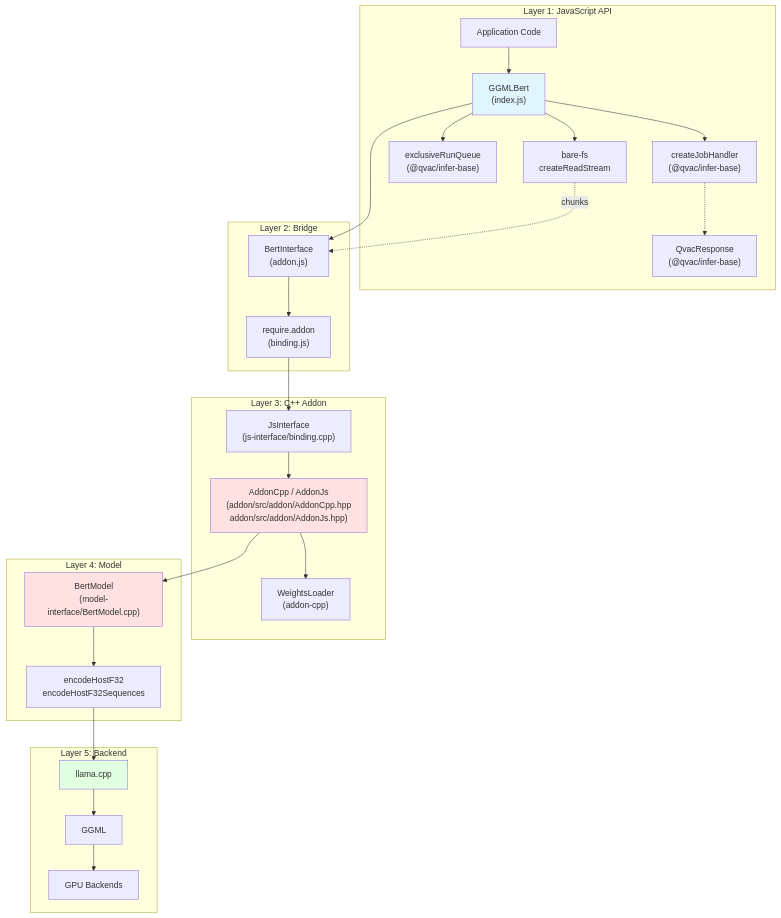
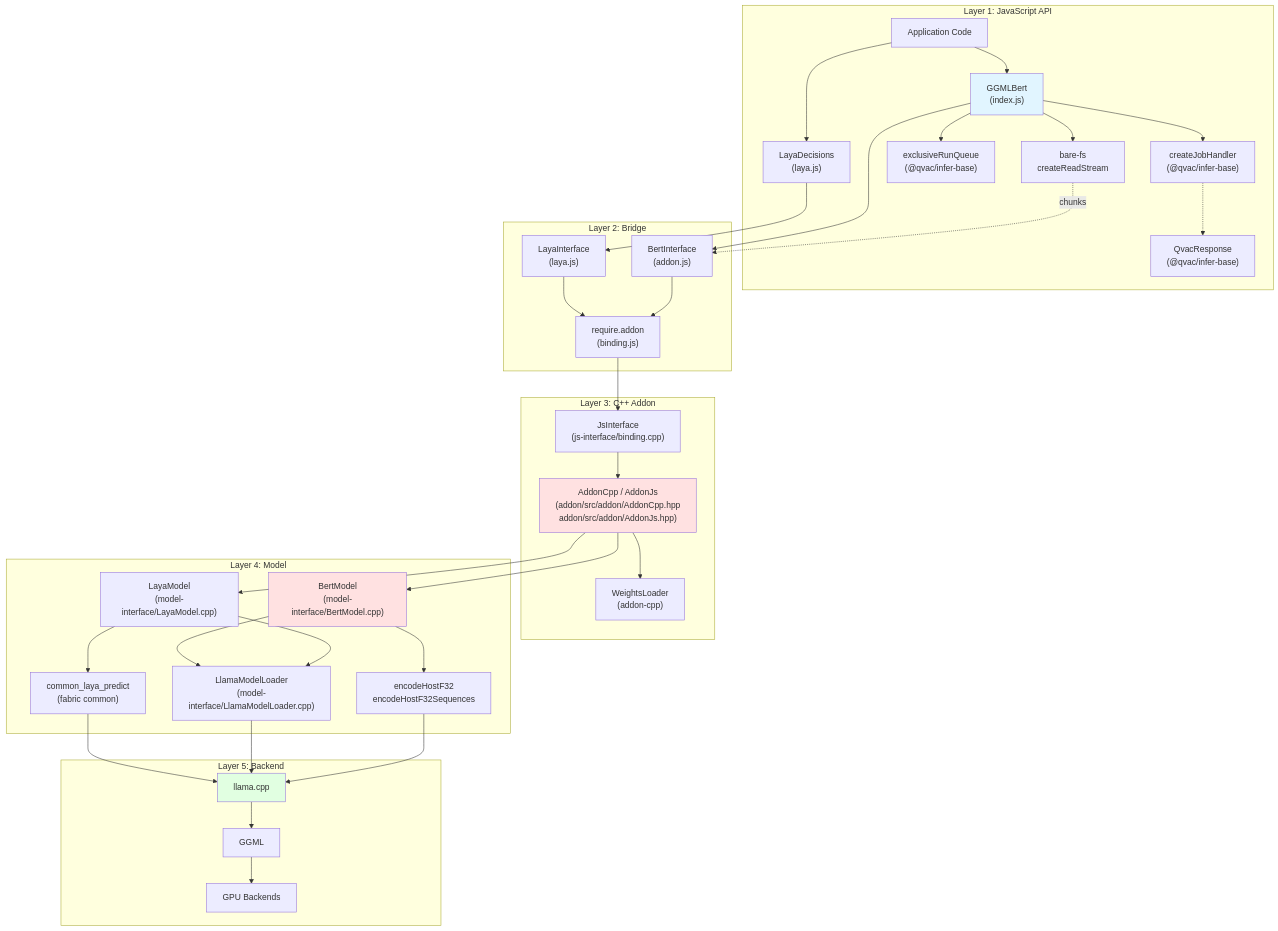
One commit to tetherto/qvac changed the third of 4 diagrams in packages/embed-llamacpp/docs/architecture.md. Above: the diagram before and after it, drawn with Mermaid. The commit also changed other lines of this file and 2 other files, not shown here.

First line of the commit message:
docs[notask]: document Laya decision models in embed-llamacpp

````diff
--- a/packages/embed-llamacpp/docs/architecture.md
+++ b/packages/embed-llamacpp/docs/architecture.md
@@ -236,59 +244,73 @@
 ```mermaid
 graph TB
     subgraph "Layer 1: JavaScript API"
         APP["Application Code"]
         BERTCLASS["GGMLBert<br/>(index.js)"]
+        LAYACLASS["LayaDecisions<br/>(laya.js)"]
         JOB["createJobHandler<br/>(@qvac/infer-base)"]
         QUEUE["exclusiveRunQueue<br/>(@qvac/infer-base)"]
         RESPONSE["QvacResponse<br/>(@qvac/infer-base)"]
         BAREFS["bare-fs<br/>createReadStream"]
     end
 
     subgraph "Layer 2: Bridge"
         BERTIF["BertInterface<br/>(addon.js)"]
+        LAYAIF["LayaInterface<br/>(laya.js)"]
         BINDING["require.addon<br/>(binding.js)"]
     end
 
     subgraph "Layer 3: C++ Addon"
         JSINTERFACE["JsInterface<br/>(js-interface/binding.cpp)"]
         ADDON["AddonCpp / AddonJs<br/>(addon/src/addon/AddonCpp.hpp<br/>addon/src/addon/AddonJs.hpp)"]
         WEIGHTSLOAD["WeightsLoader<br/>(addon-cpp)"]
     end
 
     subgraph "Layer 4: Model"
         BERTMODEL["BertModel<br/>(model-interface/BertModel.cpp)"]
         ENCODE["encodeHostF32<br/>encodeHostF32Sequences"]
+        LAYAMODEL["LayaModel<br/>(model-interface/LayaModel.cpp)"]
+        LOADER["LlamaModelLoader<br/>(model-interface/LlamaModelLoader.cpp)"]
+        COMMONLAYA["common_laya_predict<br/>(fabric common)"]
     end
 
     subgraph "Layer 5: Backend"
         LLAMACPP["llama.cpp"]
         GGML["GGML"]
         GPU["GPU Backends"]
     end
 
     APP --> BERTCLASS
+    APP --> LAYACLASS
+    LAYACLASS --> LAYAIF
+    LAYAIF --> BINDING
     BERTCLASS --> JOB
     BERTCLASS --> QUEUE
     BERTCLASS --> BERTIF
     BERTCLASS --> BAREFS
     JOB -.-> RESPONSE
 
     BERTIF --> BINDING
     BINDING --> JSINTERFACE
     BAREFS -. chunks .-> BERTIF
 
     JSINTERFACE --> ADDON
     ADDON --> WEIGHTSLOAD
     ADDON --> BERTMODEL
+    ADDON --> LAYAMODEL
+    BERTMODEL --> LOADER
+    LAYAMODEL --> LOADER
+    LAYAMODEL --> COMMONLAYA
+    COMMONLAYA --> LLAMACPP
+    LOADER --> LLAMACPP
 
     BERTMODEL --> ENCODE
     ENCODE --> LLAMACPP
 
     LLAMACPP --> GGML
     GGML --> GPU
 
     style BERTCLASS fill:#e1f5ff
     style ADDON fill:#ffe1e1
     style BERTMODEL fill:#ffe1e1
     style LLAMACPP fill:#e1ffe1
 ```
````
